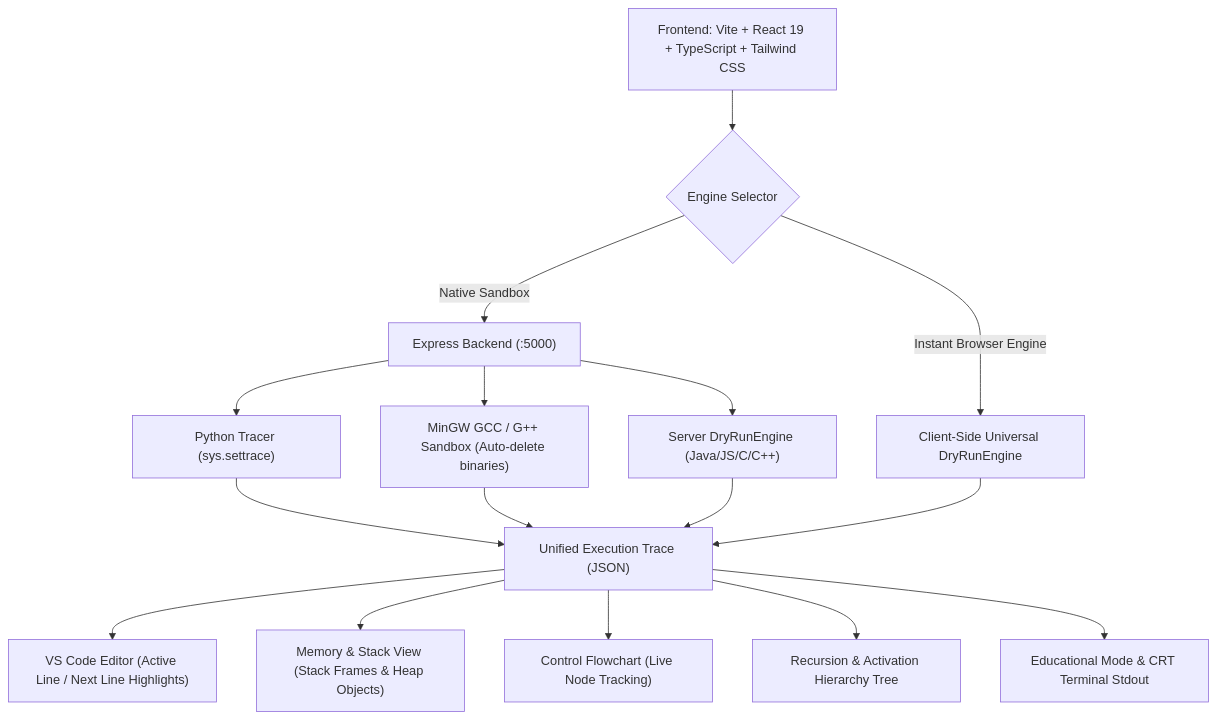
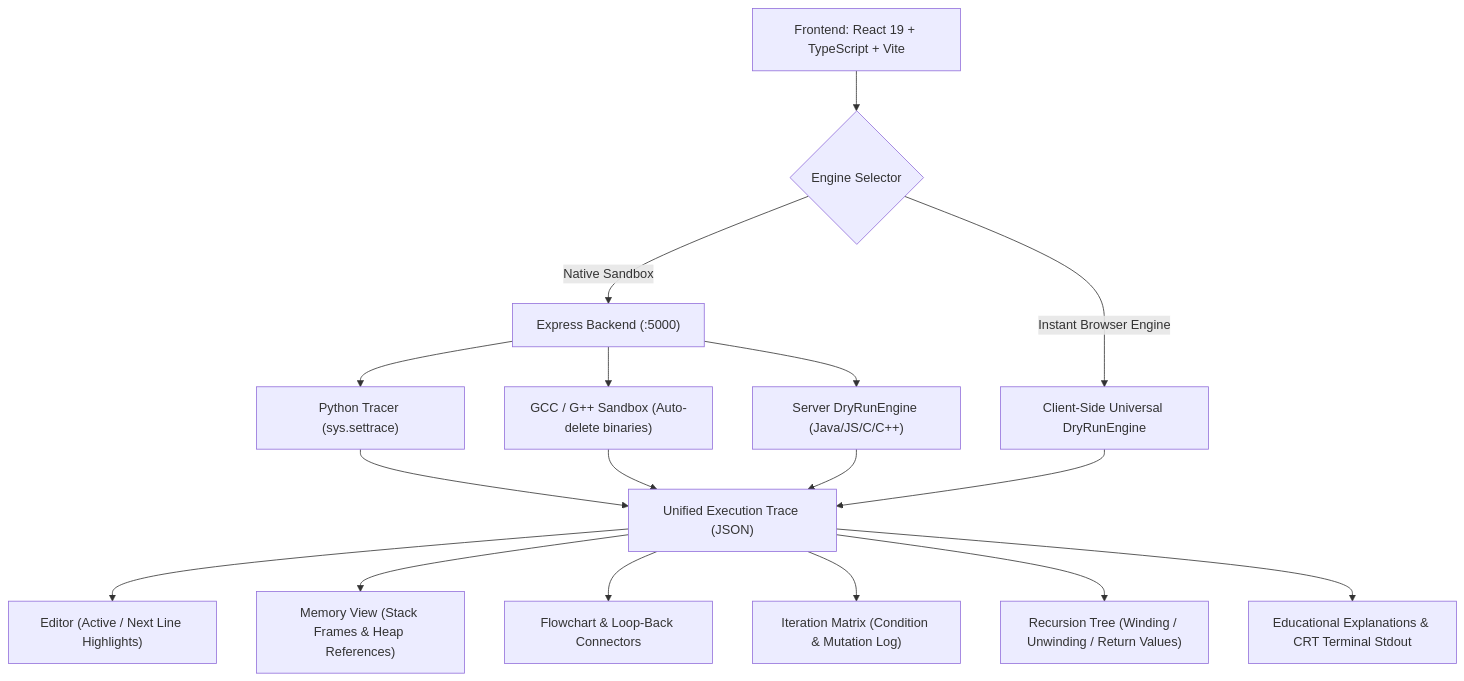
The diagram in README.md (kiracode-s/CodeGraph), drawn with Mermaid before and after one commit. The commit also changed other lines of this file and 15 other files, not shown here.

````diff
--- a/README.md
+++ b/README.md
@@ -9,21 +13,22 @@
 ```mermaid
 graph TD
-    UI[Frontend: Vite + React 19 + TypeScript + Tailwind CSS] --> EngineSelect{Engine Selector}
+    UI[Frontend: React 19 + TypeScript + Vite] --> EngineSelect{Engine Selector}
     EngineSelect -->|Native Sandbox| BackendAPI["Express Backend (:5000)"]
     EngineSelect -->|Instant Browser Engine| ClientEngine["Client-Side Universal DryRunEngine"]
     
     BackendAPI --> PyTrace["Python Tracer (sys.settrace)"]
-    BackendAPI --> GCC["MinGW GCC / G++ Sandbox (Auto-delete binaries)"]
+    BackendAPI --> GCC["GCC / G++ Sandbox (Auto-delete binaries)"]
     BackendAPI --> ServerEngine["Server DryRunEngine (Java/JS/C/C++)"]
     
     PyTrace --> TraceJSON["Unified Execution Trace (JSON)"]
     GCC --> TraceJSON
     ServerEngine --> TraceJSON
     ClientEngine --> TraceJSON
     
-    TraceJSON --> Editor["VS Code Editor (Active Line / Next Line Highlights)"]
-    TraceJSON --> MemView["Memory & Stack View (Stack Frames & Heap Objects)"]
-    TraceJSON --> Flowchart["Control Flowchart (Live Node Tracking)"]
-    TraceJSON --> Tree["Recursion & Activation Hierarchy Tree"]
-    TraceJSON --> Edu["Educational Mode & CRT Terminal Stdout"]
+    TraceJSON --> Editor["Editor (Active / Next Line Highlights)"]
+    TraceJSON --> MemView["Memory View (Stack Frames & Heap References)"]
+    TraceJSON --> Flowchart["Flowchart & Loop-Back Connectors"]
+    TraceJSON --> LoopMatrix["Iteration Matrix (Condition & Mutation Log)"]
+    TraceJSON --> Tree["Recursion Tree (Winding / Unwinding / Return Values)"]
+    TraceJSON --> Edu["Educational Explanations & CRT Terminal Stdout"]
 ```
````
